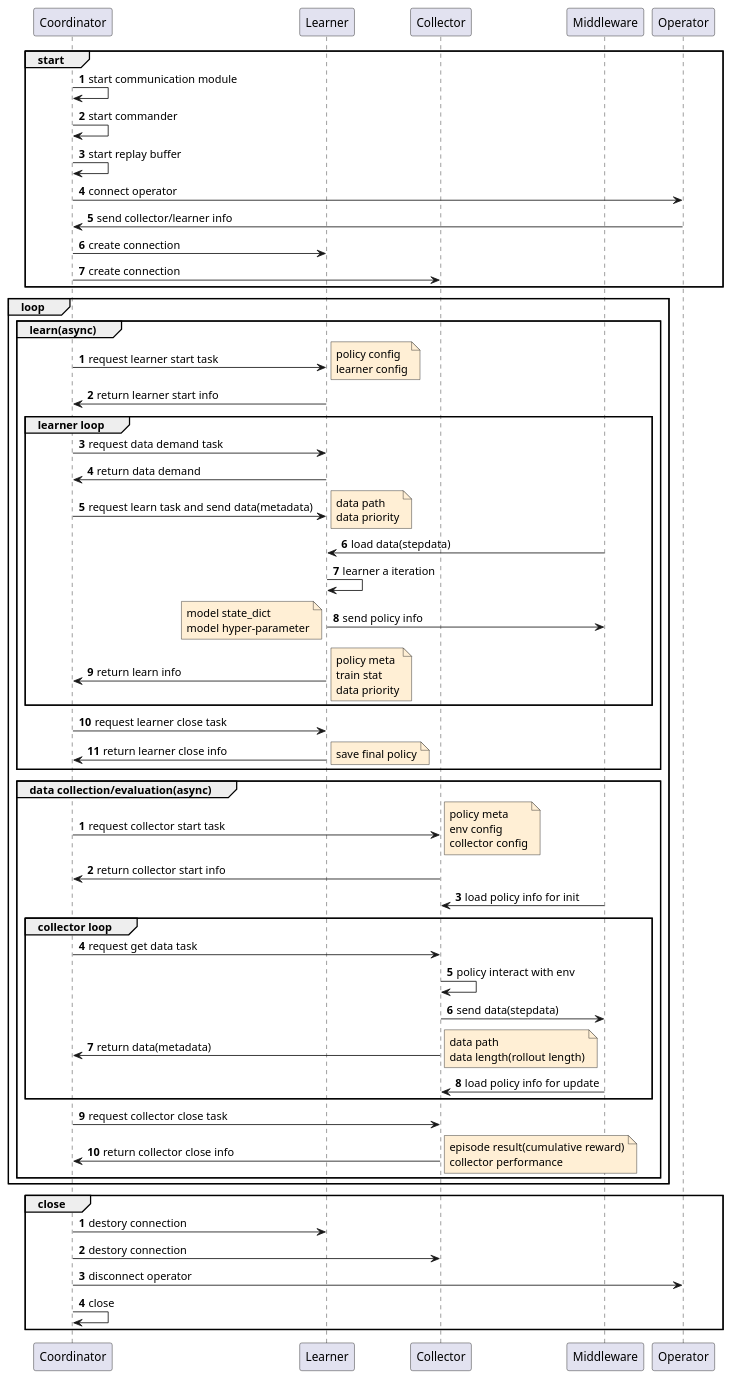
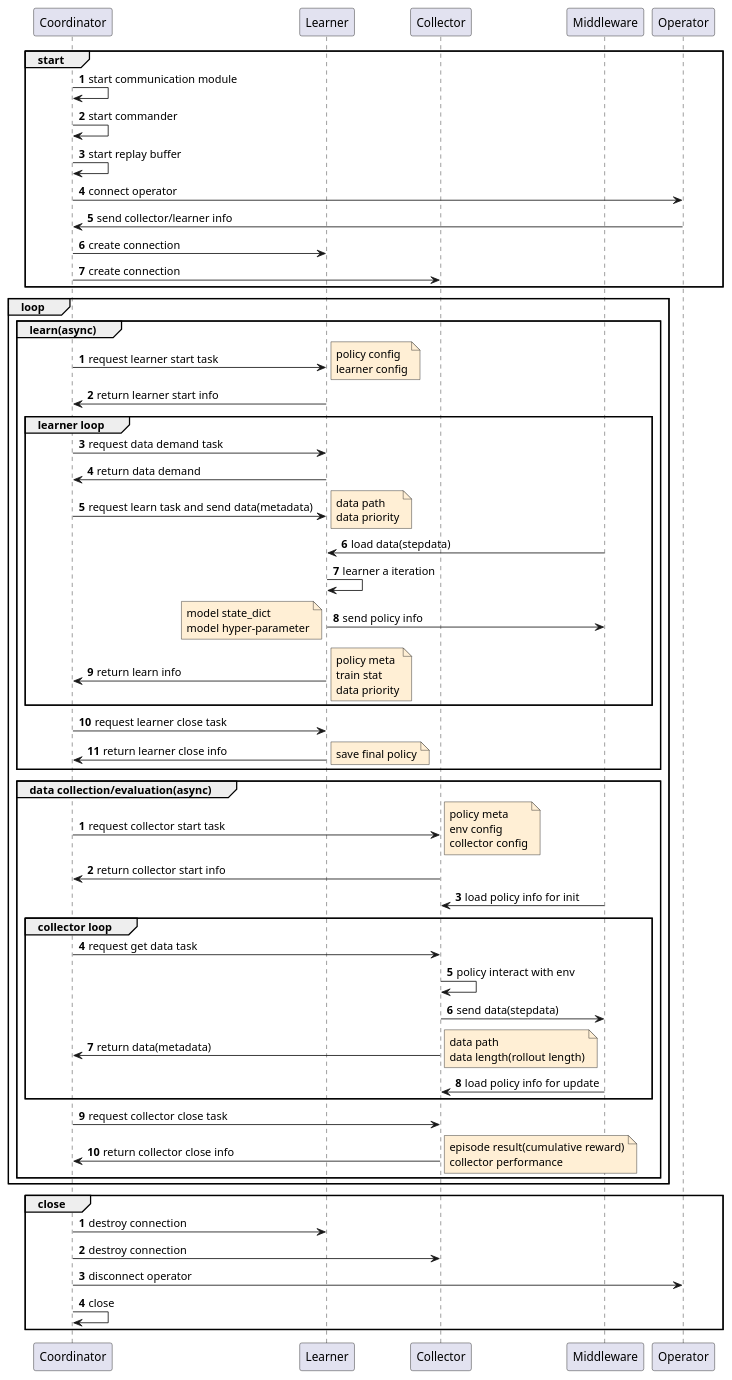
The diagram in ding/design/flow_sequence.puml (opendilab/DI-engine), drawn with PlantUML before and after one commit. The commit also changed 36 other files, not shown here.

```diff
--- a/ding/design/flow_sequence.puml
+++ b/ding/design/flow_sequence.puml
@@ -1,97 +1,97 @@
 @startuml
 skinparam NoteBackgroundColor PapayaWhip
 
 autonumber
 
 participant Coordinator
 participant Learner
 participant Collector
 participant Middleware
 participant Operator
 
 group start
 Coordinator->Coordinator: start communication module
 Coordinator->Coordinator: start commander
 Coordinator->Coordinator: start replay buffer
 Coordinator->Operator: connect operator
 Operator->Coordinator: send collector/learner info
 Coordinator->Learner: create connection
 Coordinator->Collector: create connection
 end
 
 loop
 autonumber
 group learn(async)
 Coordinator->Learner: request learner start task
 note right
 policy config
 learner config
 end note
 Learner->Coordinator: return learner start info
 group learner loop
 Coordinator->Learner: request data demand task
 Learner->Coordinator: return data demand
 Coordinator->Learner: request learn task and send data(metadata)
 note right
 data path
 data priority
 end note
 Middleware->Learner: load data(stepdata)
 Learner->Learner: learner a iteration
 Learner->Middleware: send policy info
 note left
 model state_dict
 model hyper-parameter
 end note
 Learner->Coordinator: return learn info
 note right
 policy meta
 train stat
 data priority
 end note
 end
 Coordinator->Learner: request learner close task
 Learner->Coordinator: return learner close info
 note right
 save final policy
 end note
 end
 
 autonumber
 group data collection/evaluation(async)
 Coordinator->Collector: request collector start task
 note right
 policy meta
 env config
 collector config
 end note
 Collector->Coordinator: return collector start info
 Middleware->Collector: load policy info for init
 group collector loop
 Coordinator->Collector: request get data task
 Collector->Collector: policy interact with env
 Collector->Middleware: send data(stepdata)
 Collector->Coordinator: return data(metadata)
 note right
 data path
 data length(rollout length)
 end note
 Middleware->Collector: load policy info for update
 end group
 Coordinator->Collector: request collector close task
 Collector->Coordinator: return collector close info
 note right
 episode result(cumulative reward)
 collector performance
 end note
 end group
 end
 
 autonumber
 group close
-Coordinator->Learner: destory connection
-Coordinator->Collector: destory connection
+Coordinator->Learner: destroy connection
+Coordinator->Collector: destroy connection
 Coordinator->Operator: disconnect operator
 Coordinator->Coordinator: close
 end group
 @enduml
```
